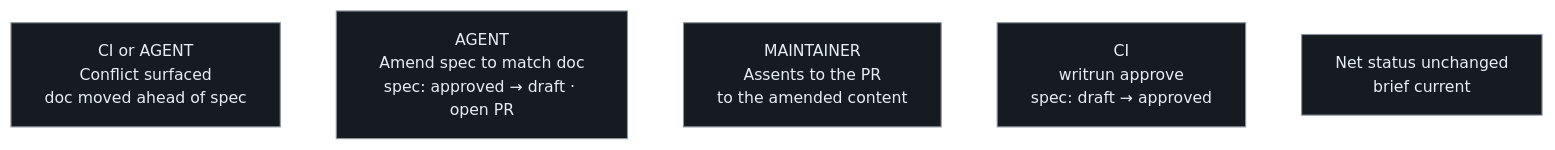
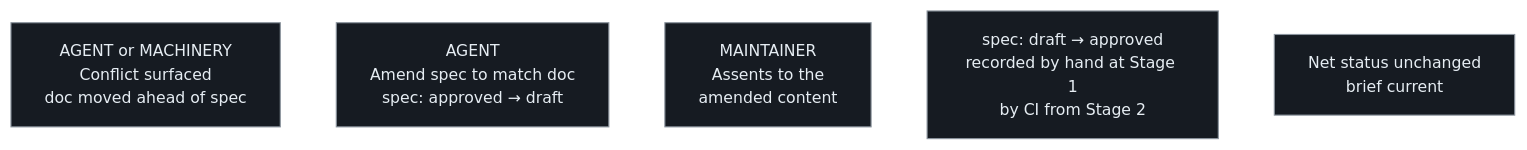
The first of 2 diagrams in docs/product/stage-1-tasks-and-specs/conflicts.md (thomasfranke/writrun), drawn with Mermaid before and after one commit. The commit also changed other lines of this file and 28 other files, not shown here.

````diff
--- a/docs/product/stage-1-tasks-and-specs/conflicts.md
+++ b/docs/product/stage-1-tasks-and-specs/conflicts.md
@@ -15,10 +15,10 @@
 ```mermaid
 %%{init: {'theme':'base','themeVariables':{'background':'#0d1117','primaryColor':'#161b22','primaryTextColor':'#e6edf3','primaryBorderColor':'#8b949e','lineColor':'#ffffff','secondaryColor':'#161b22','tertiaryColor':'#161b22','fontSize':'14px'}}}%%
 flowchart LR
-    A["CI or AGENT<br/>Conflict surfaced<br/>doc moved ahead of spec"]
-    B["AGENT<br/>Amend spec to match doc<br/>spec: approved → draft · open PR"]
-    C["MAINTAINER<br/>Assents to the PR<br/>to the amended content"]
-    D["CI<br/>writrun approve<br/>spec: draft → approved"]
+    A["AGENT or MACHINERY<br/>Conflict surfaced<br/>doc moved ahead of spec"]
+    B["AGENT<br/>Amend spec to match doc<br/>spec: approved → draft"]
+    C["MAINTAINER<br/>Assents to the<br/>amended content"]
+    D["spec: draft → approved<br/>recorded by hand at Stage 1<br/>by CI from Stage 2"]
     E["Net status unchanged<br/>brief current"]
     A --> B --> C --> D --> E
 ```
````
